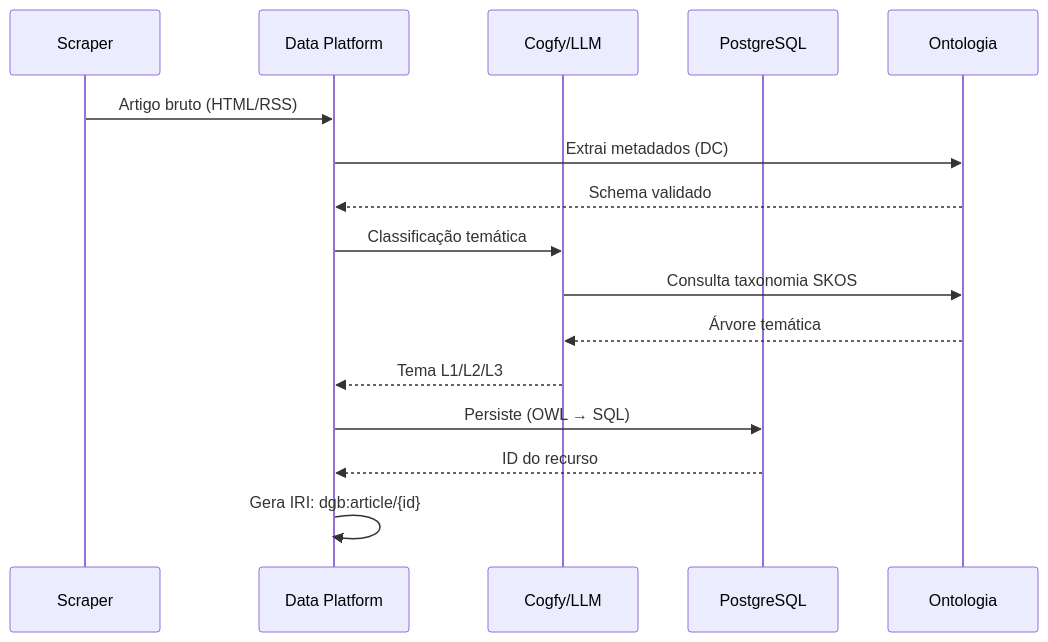
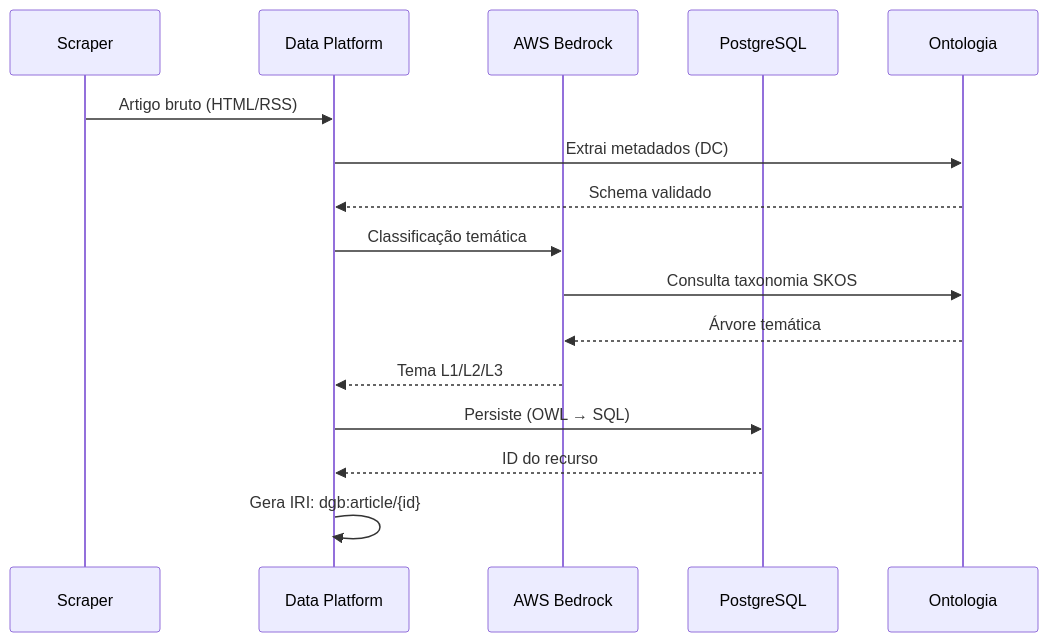
The second of 8 diagrams in docs/relatorios/Relatório-Técnico-DestaquesGovbr-Ontologia-26-05-Versao-01.md (destaquesgovbr/docs), drawn with Mermaid before and after one commit. The commit also changed other lines of this file, not shown here.

First line of the commit message:
docs: substitui Cogfy por AWS Bedrock no relatório de ontologia

````diff
--- a/docs/relatorios/Relatório-Técnico-DestaquesGovbr-Ontologia-26-05-Versao-01.md
+++ b/docs/relatorios/Relatório-Técnico-DestaquesGovbr-Ontologia-26-05-Versao-01.md
@@ -161,19 +161,19 @@
 ```mermaid
 sequenceDiagram
     participant SC as Scraper
     participant DP as Data Platform
-    participant CF as Cogfy/LLM
+    participant CF as AWS Bedrock
     participant PG as PostgreSQL
     participant ONT as Ontologia
     
     SC->>DP: Artigo bruto (HTML/RSS)
     DP->>ONT: Extrai metadados (DC)
     ONT-->>DP: Schema validado
     DP->>CF: Classificação temática
     CF->>ONT: Consulta taxonomia SKOS
     ONT-->>CF: Árvore temática
     CF-->>DP: Tema L1/L2/L3
     DP->>PG: Persiste (OWL → SQL)
     PG-->>DP: ID do recurso
     DP->>DP: Gera IRI: dgb:article/{id}
 ```
````
